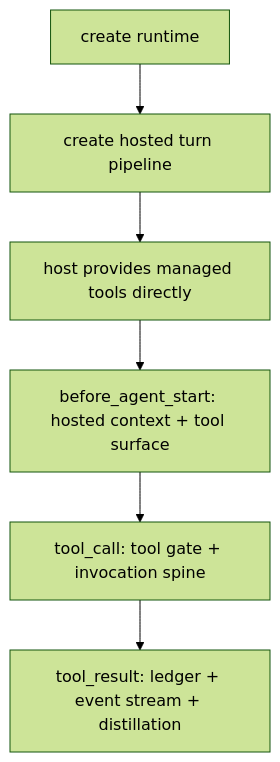
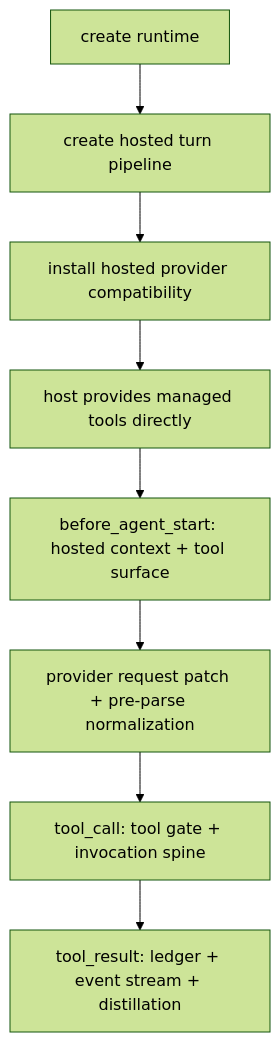
One commit to arcthur/brewva changed the second of 9 diagrams in docs/architecture/control-and-data-flow.md. Above: the diagram before and after it, drawn with Mermaid (forest theme). The commit also changed other lines of this file and 35 other files, not shown here.

First line of the commit message:
feat(runtime,gateway,tools): land provider compatibility and browser-managed flow

````diff
--- a/docs/architecture/control-and-data-flow.md
+++ b/docs/architecture/control-and-data-flow.md
@@ -30,8 +37,10 @@
 ```mermaid
 flowchart TD
   A["create runtime"] --> B["create hosted turn pipeline"]
-  B --> C["host provides managed tools directly"]
-  C --> D["before_agent_start: hosted context + tool surface"]
-  D --> E["tool_call: tool gate + invocation spine"]
-  E --> F["tool_result: ledger + event stream + distillation"]
+  B --> C["install hosted provider compatibility"]
+  C --> D["host provides managed tools directly"]
+  D --> E["before_agent_start: hosted context + tool surface"]
+  E --> F["provider request patch + pre-parse normalization"]
+  F --> G["tool_call: tool gate + invocation spine"]
+  G --> H["tool_result: ledger + event stream + distillation"]
 ```
````
